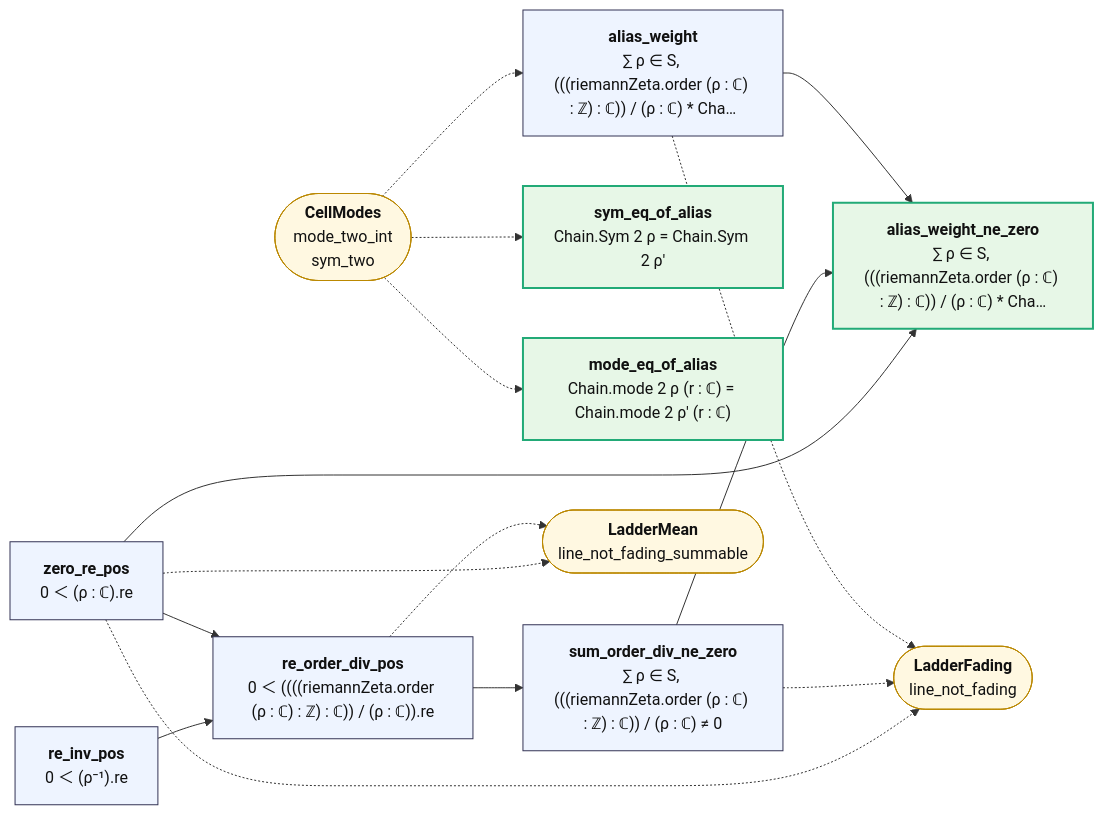
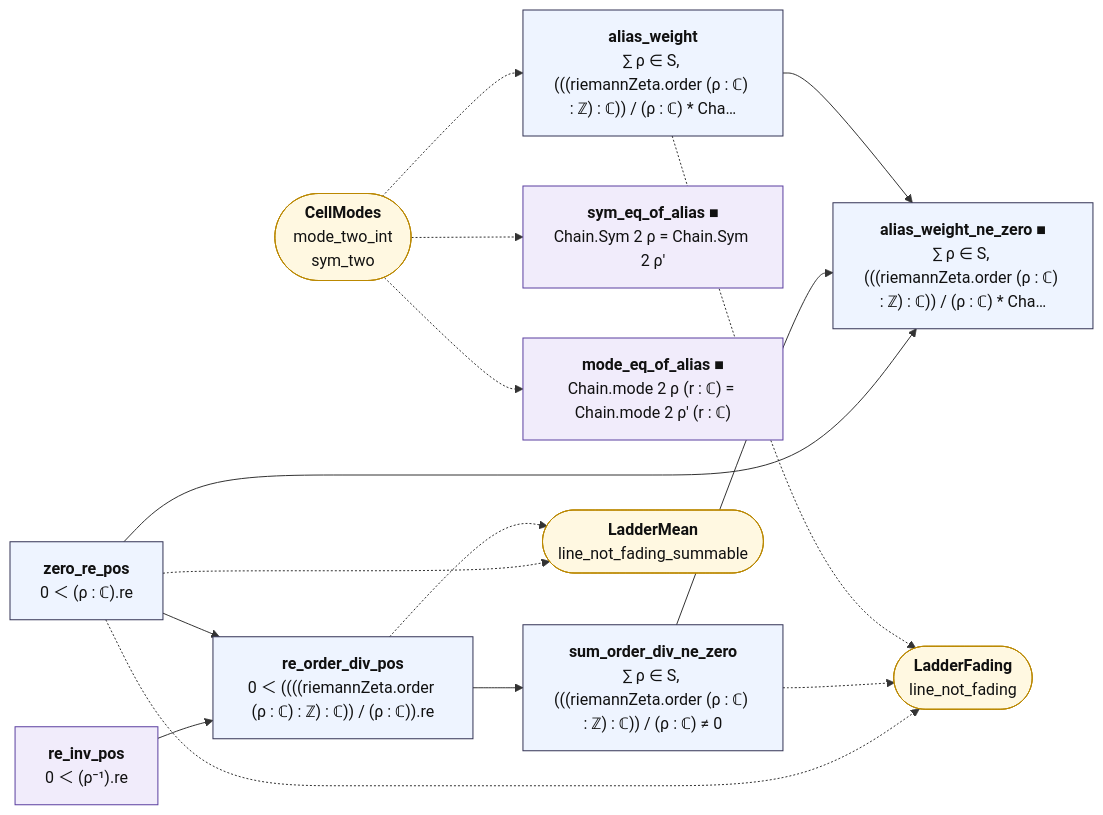
Before and after one commit to juliansambranojr/Primebeat_081426: the diagram in map/lean_stage3/AliasClass.md, drawn with Mermaid. The commit also changed other lines of this file and 398 other files, not shown here.

First line of the commit message:
map: the table first. Three layers from Lean's record of each proof and everything beneath it: counting (integers only), shape (analysis, no zeta), reads zeta; map/TABLE.md lists every counting theorem; the Riemann hypothesis is drawn as one reading at the edge

````diff
--- a/map/lean_stage3/AliasClass.md
+++ b/map/lean_stage3/AliasClass.md
@@ -12,33 +12,36 @@
 ```mermaid
 flowchart LR
-  n0["<b>re_inv_pos</b><br/>0 ＜ (ρ⁻¹).re"]:::thm
+  n0["<b>re_inv_pos</b><br/>0 ＜ (ρ⁻¹).re"]:::shp
   n1["<b>zero_re_pos</b><br/>0 ＜ (ρ : ℂ).re"]:::thm
   n2["<b>re_order_div_pos</b><br/>0 ＜ ((((riemannZeta.order (ρ : ℂ) : ℤ) : ℂ)) / (ρ : ℂ)).re"]:::thm
   n3["<b>sum_order_div_ne_zero</b><br/>∑ ρ ∈ S, (((riemannZeta.order (ρ : ℂ) : ℤ) : ℂ)) / (ρ : ℂ) ≠ 0"]:::thm
-  n4["<b>sym_eq_of_alias</b><br/>Chain.Sym 2 ρ = Chain.Sym 2 ρ'"]:::end_
-  n5["<b>mode_eq_of_alias</b><br/>Chain.mode 2 ρ (r : ℂ) = Chain.mode 2 ρ' (r : ℂ)"]:::end_
+  n4["<b>sym_eq_of_alias ■</b><br/>Chain.Sym 2 ρ = Chain.Sym 2 ρ'"]:::shp
+  n5["<b>mode_eq_of_alias ■</b><br/>Chain.mode 2 ρ (r : ℂ) = Chain.mode 2 ρ' (r : ℂ)"]:::shp
   n6["<b>alias_weight</b><br/>∑ ρ ∈ S, (((riemannZeta.order (ρ : ℂ) : ℤ) : ℂ)) / (ρ : ℂ) * Cha…"]:::thm
-  n7["<b>alias_weight_ne_zero</b><br/>∑ ρ ∈ S, (((riemannZeta.order (ρ : ℂ) : ℤ) : ℂ)) / (ρ : ℂ) * Cha…"]:::end_
+  n7["<b>alias_weight_ne_zero ■</b><br/>∑ ρ ∈ S, (((riemannZeta.order (ρ : ℂ) : ℤ) : ℂ)) / (ρ : ℂ) * Cha…"]:::thm
   x0(["<b>LadderFading</b><br/>line_not_fading"]):::ext
   x1(["<b>LadderMean</b><br/>line_not_fading_summable"]):::ext
   x2(["<b>CellModes</b><br/>mode_two_int<br/>sym_two"]):::ext
   n0 --> n2
   n1 --> n2
   n1 --> n7
   n2 --> n3
   n3 --> n7
   n6 --> n7
   n1 -.-> x0
   n1 -.-> x1
   n2 -.-> x1
   n3 -.-> x0
   n6 -.-> x0
   x2 -.-> n4
   x2 -.-> n5
   x2 -.-> n6
+  classDef cnt fill:#dff5ec,stroke:#17694a,color:#111
+  classDef shp fill:#f1ecfb,stroke:#5b3fa0,color:#111
+  classDef rh fill:#ffe5e5,stroke:#c22,color:#111,stroke-width:2px
   classDef thm fill:#eef4ff,stroke:#335,color:#111
   classDef end_ fill:#e7f7e7,stroke:#2a7,color:#111,stroke-width:2px
   classDef lone fill:#fff,stroke:#999,color:#111,stroke-dasharray:4 3
   classDef bad fill:#ffe5e5,stroke:#c22,color:#111,stroke-width:2px
   classDef ext fill:#fff8e1,stroke:#b80,color:#111
 ```
````
